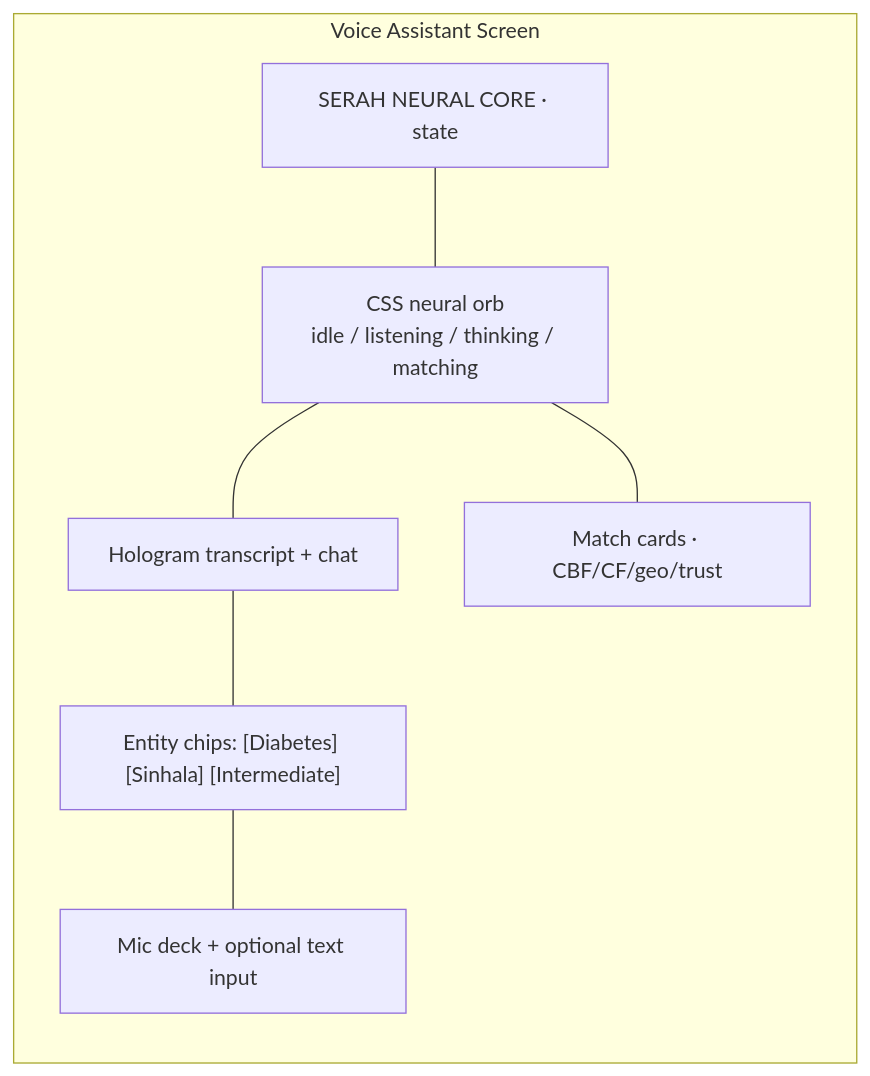
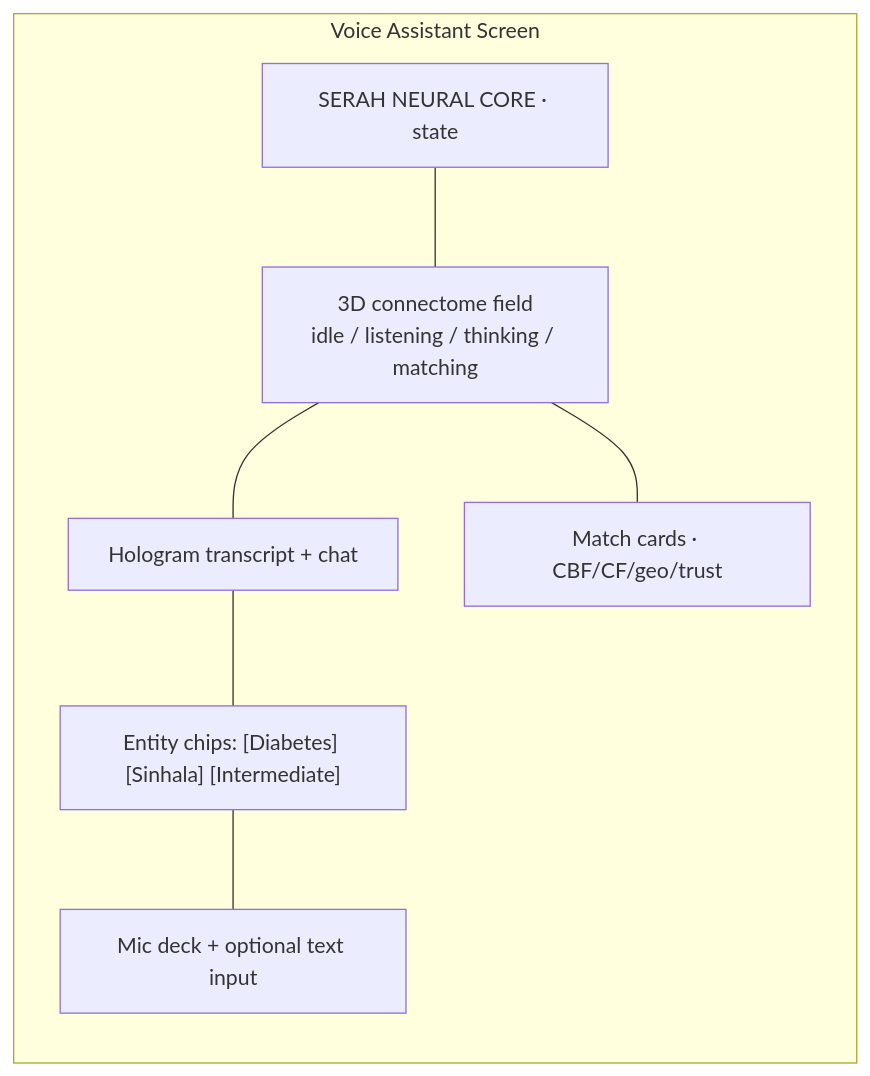
One commit to udithsandaruwan2/care-plus-aio changed the first of 4 diagrams in docs/FRONTEND.md. Above: the diagram before and after it, drawn with Mermaid. The commit also changed other lines of this file and 7 other files, not shown here.

First line of the commit message:
feat(serah): unclip the neural core into a 3D stage field

````diff
--- a/docs/FRONTEND.md
+++ b/docs/FRONTEND.md
@@ -89,15 +90,15 @@
 ```mermaid
 flowchart TB
     subgraph Screen["Voice Assistant Screen"]
         direction TB
         HUD["SERAH NEURAL CORE · state"]
-        ORB["CSS neural orb<br/>idle / listening / thinking / matching"]
+        ORB["3D connectome field<br/>idle / listening / thinking / matching"]
         TR["Hologram transcript + chat"]
         CH["Entity chips: [Diabetes] [Sinhala] [Intermediate]"]
         MIC["Mic deck + optional text input"]
         MC["Match cards · CBF/CF/geo/trust"]
     end
     HUD --- ORB
     ORB --- TR --- CH --- MIC
     ORB --- MC
 ```
````
